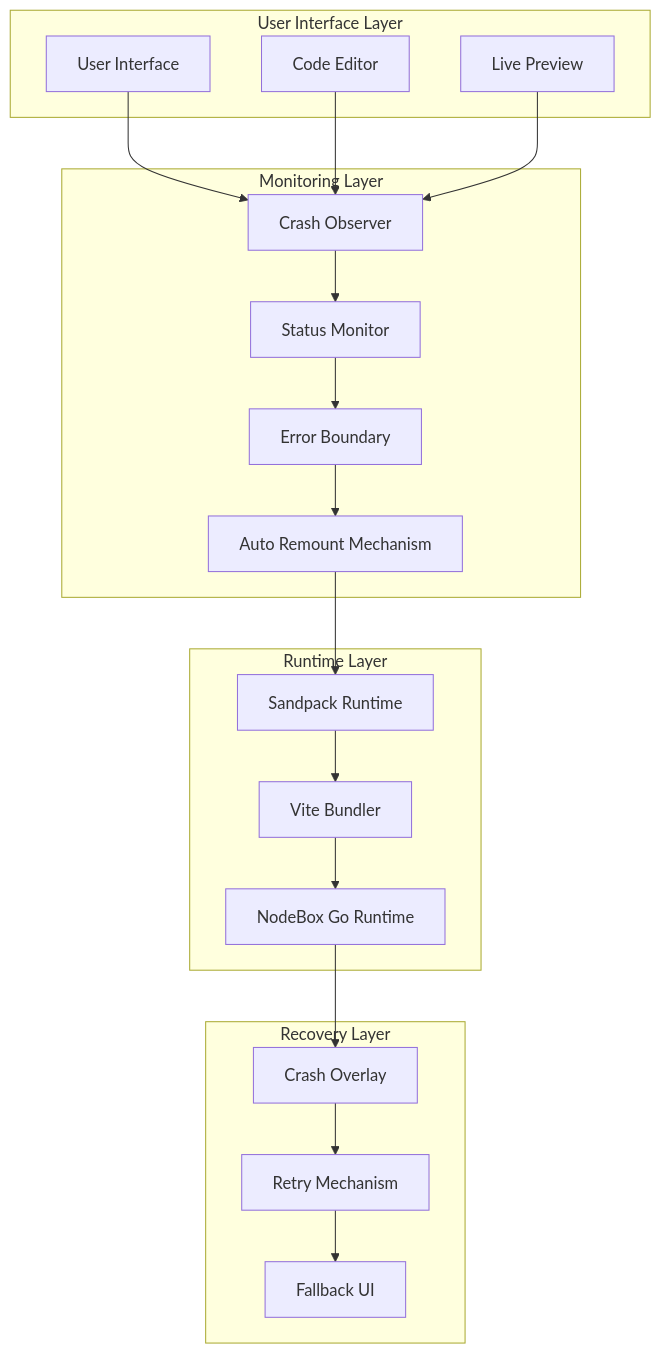
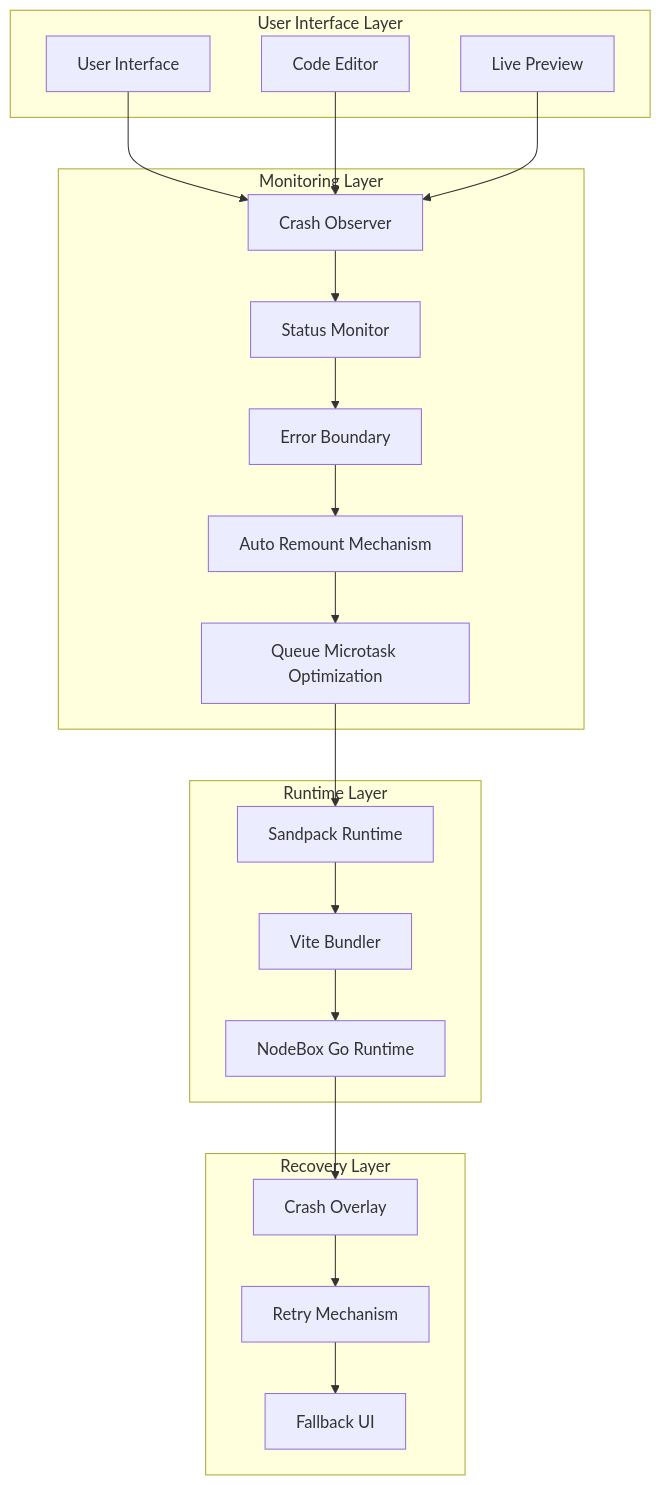
One commit to shekhargiri005-dotcom/AI-powered-accessibility-first-UI-engine changed the first of 11 diagrams in .qoder/repowiki/en/content/Sandbox Runtime Crash Handling.md. Above: the diagram before and after it, drawn with Mermaid. The commit also changed other lines of this file and 5 other files, not shown here.

````diff
--- a/.qoder/repowiki/en/content/Sandbox Runtime Crash Handling.md
+++ b/.qoder/repowiki/en/content/Sandbox Runtime Crash Handling.md
@@ -41,36 +46,38 @@
 ```mermaid
 graph TB
 subgraph "User Interface Layer"
 UI[User Interface]
 Editor[Code Editor]
 Preview[Live Preview]
 end
 subgraph "Monitoring Layer"
 CrashObserver[Crash Observer]
 StatusMonitor[Status Monitor]
 ErrorBoundary[Error Boundary]
 AutoRemount[Auto Remount Mechanism]
+QueueMicrotask[Queue Microtask Optimization]
 end
 subgraph "Runtime Layer"
 Sandpack[Sandpack Runtime]
 Vite[Vite Bundler]
 NodeBox[NodeBox Go Runtime]
 end
 subgraph "Recovery Layer"
 CrashOverlay[Crash Overlay]
 RetryMechanism[Retry Mechanism]
 FallbackUI[Fallback UI]
 end
 UI --> CrashObserver
 Editor --> CrashObserver
 Preview --> CrashObserver
 CrashObserver --> StatusMonitor
 StatusMonitor --> ErrorBoundary
 ErrorBoundary --> AutoRemount
-AutoRemount --> Sandpack
+AutoRemount --> QueueMicrotask
+QueueMicrotask --> Sandpack
 Sandpack --> Vite
 Vite --> NodeBox
 NodeBox --> CrashOverlay
 CrashOverlay --> RetryMechanism
 RetryMechanism --> FallbackUI
 ```
````
